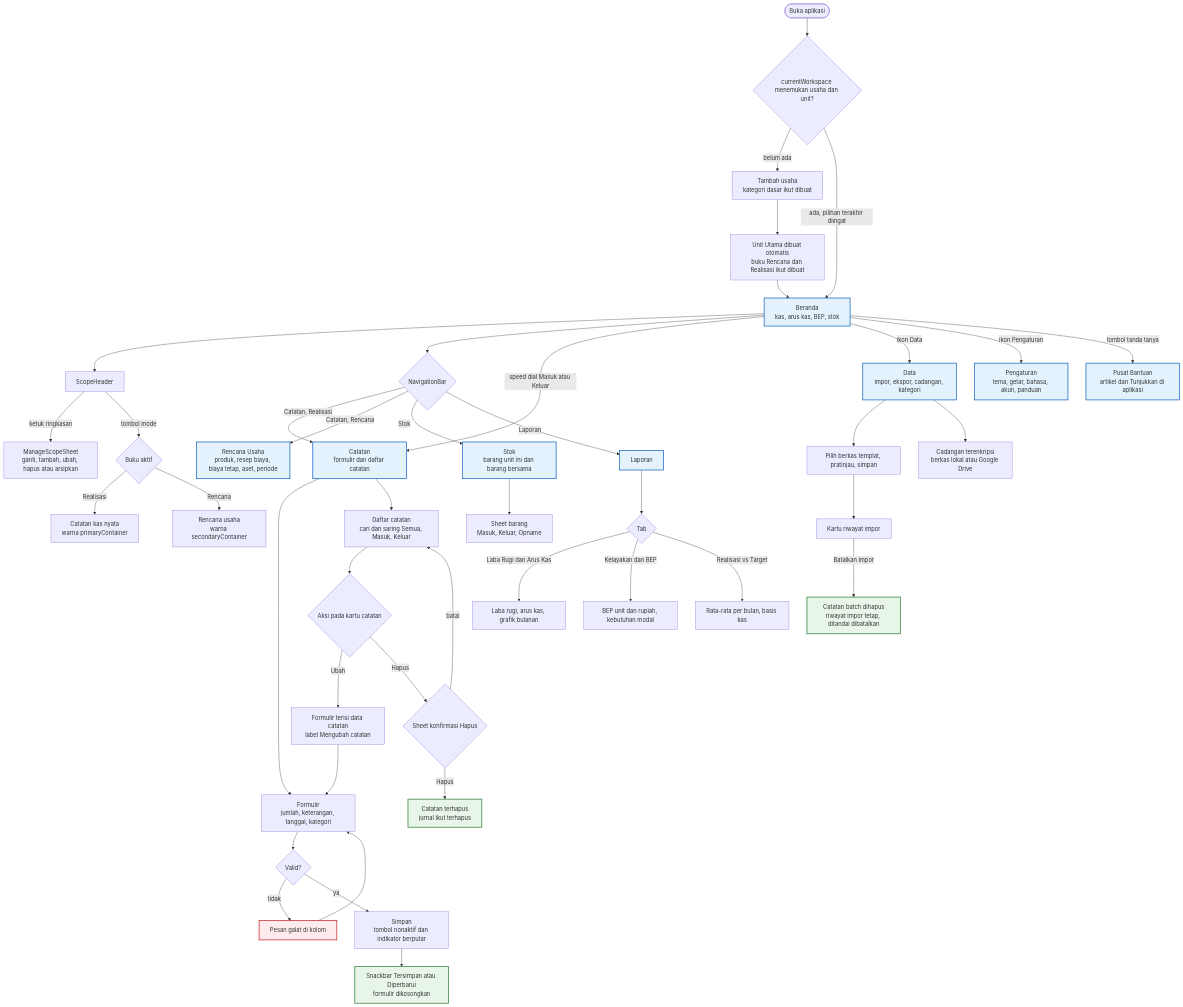
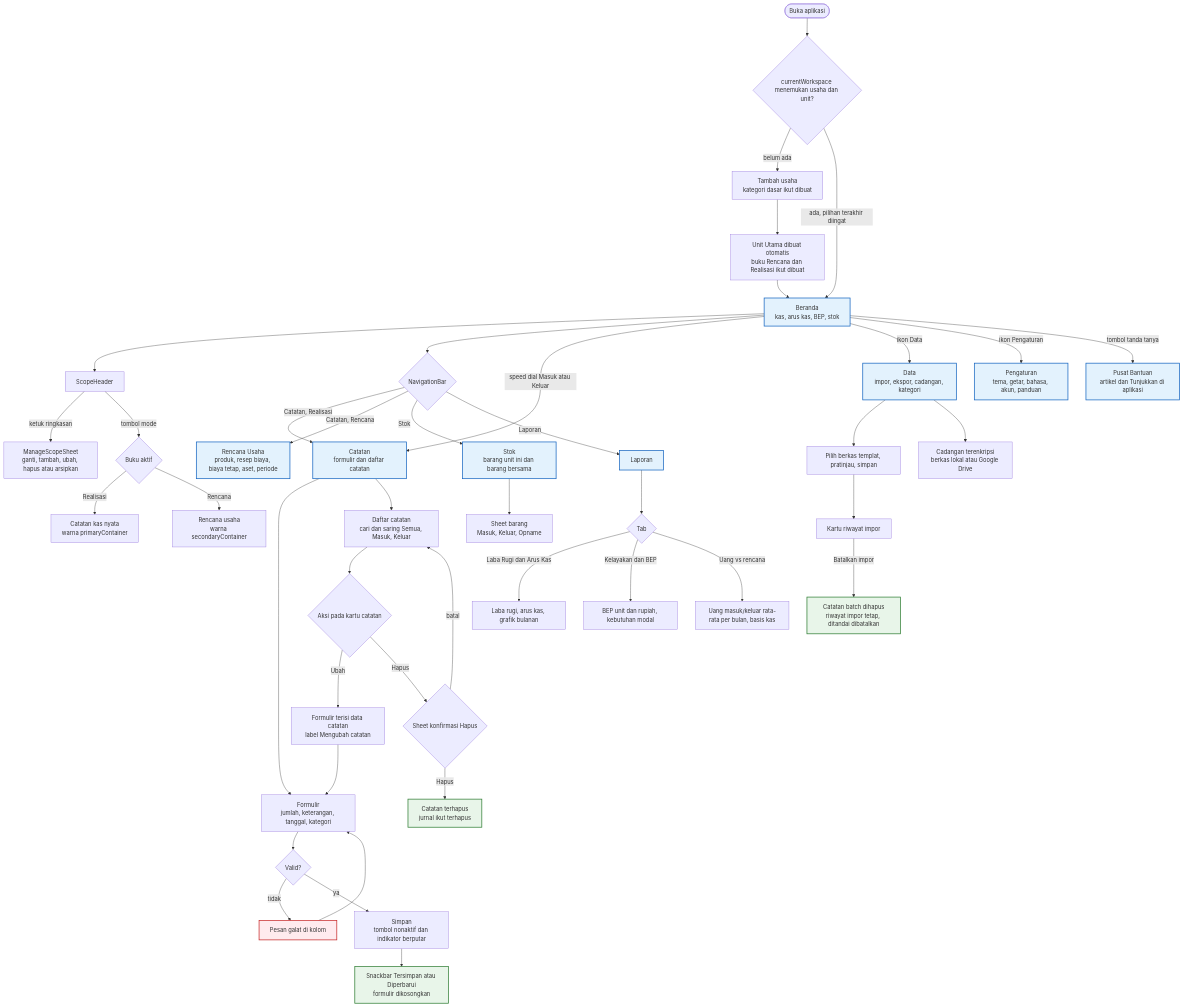
Before and after one commit to adsurkasur/Mankeu: the diagram in docs/diagrams/05_user_flow_diagram.md, drawn with Mermaid. The commit also changed 28 other files, not shown here.

````diff
--- a/docs/diagrams/05_user_flow_diagram.md
+++ b/docs/diagrams/05_user_flow_diagram.md
@@ -5,57 +5,57 @@
 ```mermaid
 flowchart TD
     launch(["Buka aplikasi"]) --> workspace{"currentWorkspace menemukan usaha dan unit?"}
     workspace -->|"belum ada"| addBusiness["Tambah usaha<br/>kategori dasar ikut dibuat"]
     addBusiness --> addProject["Unit Utama dibuat otomatis<br/>buku Rencana dan Realisasi ikut dibuat"]
     addProject --> home
     workspace -->|"ada, pilihan terakhir diingat"| home["Beranda<br/>kas, arus kas, BEP, stok"]
 
     home --> scopeHeader["ScopeHeader"]
     scopeHeader -->|"ketuk ringkasan"| scopeSheet["ManageScopeSheet<br/>ganti, tambah, ubah, hapus atau arsipkan"]
     scopeHeader -->|"tombol mode"| modeChoice{"Buku aktif"}
     modeChoice -->|"Realisasi"| actualBook["Catatan kas nyata<br/>warna primaryContainer"]
     modeChoice -->|"Rencana"| planBook["Rencana usaha<br/>warna secondaryContainer"]
 
     home --> navBar{"NavigationBar"}
     navBar -->|"Catatan, Realisasi"| entry["Catatan<br/>formulir dan daftar catatan"]
     navBar -->|"Catatan, Rencana"| planPage["Rencana Usaha<br/>produk, resep biaya, biaya tetap, aset, periode"]
     home -->|"speed dial Masuk atau Keluar"| entry
     entry --> entryForm["Formulir<br/>jumlah, keterangan, tanggal, kategori"]
     entryForm --> validate{"Valid?"}
     validate -->|"tidak"| fieldError["Pesan galat di kolom"]
     fieldError --> entryForm
     validate -->|"ya"| saving["Simpan<br/>tombol nonaktif dan indikator berputar"]
     saving --> saved["Snackbar Tersimpan atau Diperbarui<br/>formulir dikosongkan"]
 
     entry --> recordList["Daftar catatan<br/>cari dan saring Semua, Masuk, Keluar"]
     recordList --> eventAction{"Aksi pada kartu catatan"}
     eventAction -->|"Ubah"| editForm["Formulir terisi data catatan<br/>label Mengubah catatan"]
     editForm --> entryForm
     eventAction -->|"Hapus"| confirmDelete{"Sheet konfirmasi Hapus"}
     confirmDelete -->|"batal"| recordList
     confirmDelete -->|"Hapus"| deleted["Catatan terhapus<br/>jurnal ikut terhapus"]
 
     navBar -->|"Stok"| stock["Stok<br/>barang unit ini dan barang bersama"]
     stock --> stockSheet["Sheet barang<br/>Masuk, Keluar, Opname"]
 
     navBar -->|"Laporan"| reports["Laporan"]
     reports --> reportTabs{"Tab"}
     reportTabs -->|"Laba Rugi dan Arus Kas"| summaryTab["Laba rugi, arus kas, grafik bulanan"]
     reportTabs -->|"Kelayakan dan BEP"| feasibilityTab["BEP unit dan rupiah, kebutuhan modal"]
-    reportTabs -->|"Realisasi vs Target"| compareTab["Rata-rata per bulan, basis kas"]
+    reportTabs -->|"Uang vs rencana"| compareTab["Uang masuk/keluar rata-rata per bulan, basis kas"]
 
     home -->|"ikon Data"| dataOverlay["Data<br/>impor, ekspor, cadangan, kategori"]
     dataOverlay --> importFlow["Pilih berkas templat, pratinjau, simpan"]
     importFlow --> batchCard["Kartu riwayat impor"]
     batchCard -->|"Batalkan impor"| undoImport["Catatan batch dihapus<br/>riwayat impor tetap, ditandai dibatalkan"]
     dataOverlay --> backupFlow["Cadangan terenkripsi<br/>berkas lokal atau Google Drive"]
     home -->|"ikon Pengaturan"| settingsOverlay["Pengaturan<br/>tema, getar, bahasa, akun, panduan"]
     home -->|"tombol tanda tanya"| helpOverlay["Pusat Bantuan<br/>artikel dan Tunjukkan di aplikasi"]
 
     classDef screen fill:#E3F2FD,stroke:#1565C0,stroke-width:2px
     classDef blocked fill:#FFEBEE,stroke:#C62828,stroke-width:2px
     classDef success fill:#E8F5E9,stroke:#2E7D32,stroke-width:2px
     class home,entry,planPage,stock,reports,dataOverlay,settingsOverlay,helpOverlay screen
     class fieldError blocked
     class saved,deleted,undoImport success
 ```
````
